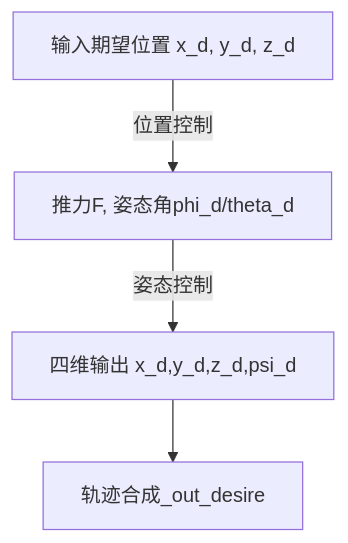
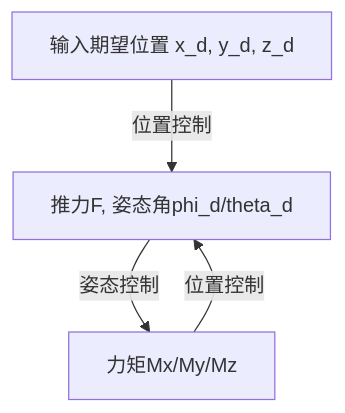
Before and after one commit to chao-8xx/stackedit-app-data: the second of 2 diagrams in 四旋翼无人机轨迹三维跟踪控制.md, drawn with Mermaid. The commit also changed other lines of this file, not shown here.

````diff
--- a/四旋翼无人机轨迹三维跟踪控制.md
+++ b/四旋翼无人机轨迹三维跟踪控制.md
@@ -223,8 +223,9 @@
 ```mermaid
    graph TD
     A[输入期望位置 x_d, y_d, z_d] --> |位置控制|C
     C[推力F, 姿态角phi_d/theta_d]
-    C --> |姿态控制|D[四维输出 x_d,y_d,z_d,psi_d]
-    D -->轨迹合成_out_desire
+    C --> |姿态控制|E
+    E[力矩Mx/My/Mz]
+    E --> |位置控制|C
 	
 ```
````
